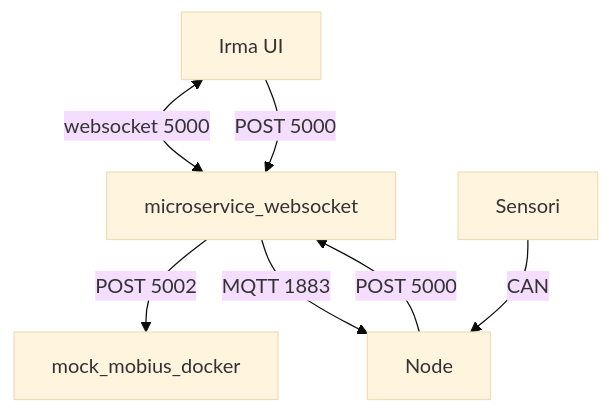
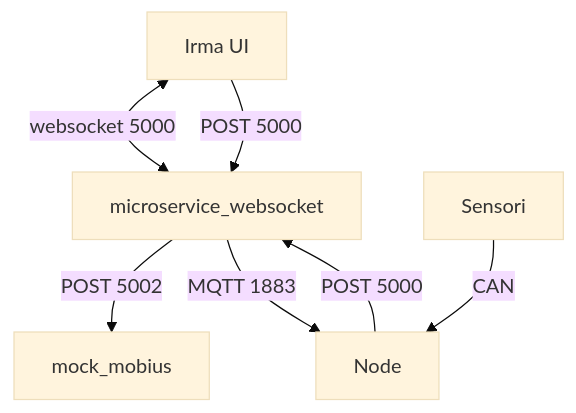
One commit to monemasrl/irma changed the second of 6 diagrams in README.md. Above: the diagram before and after it, drawn with Mermaid (base theme). The commit also changed other lines of this file and 10 other files, not shown here.

Commit message:
Rename mock_mobius_docker/ in mock_mobius/

````diff
--- a/README.md
+++ b/README.md
@@ -46,17 +46,17 @@
 ```mermaid
 graph TD;
 
 msw[microservice_websocket]
-mm[mock_mobius_docker]
+mm[mock_mobius]
 irma-ui[Irma UI]
 
 nodo[Node]
 sensori[Sensori]
 
 nodo -- POST  5000 --> msw
 msw -- POST 5002 --> mm
 irma-ui <-- websocket 5000 --> msw
 irma-ui -- POST 5000 --> msw
 msw -- MQTT 1883 --> nodo
 sensori -- CAN --> nodo
 ```
````
